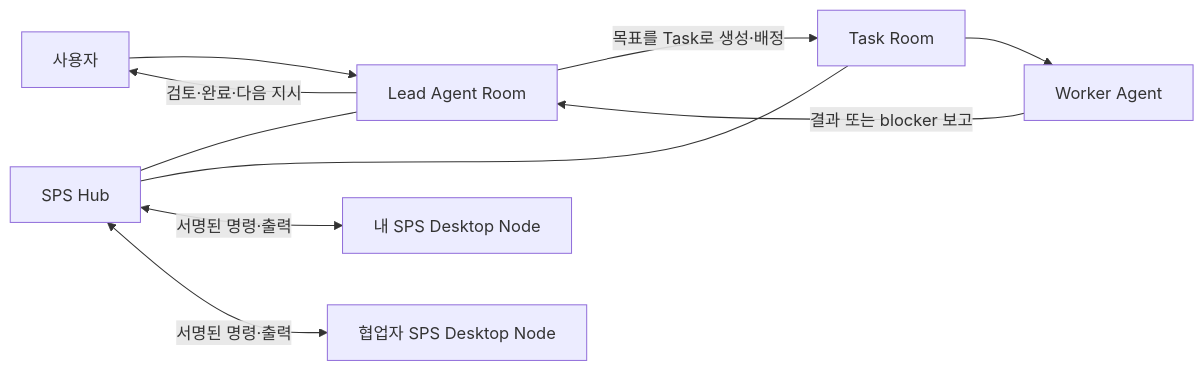
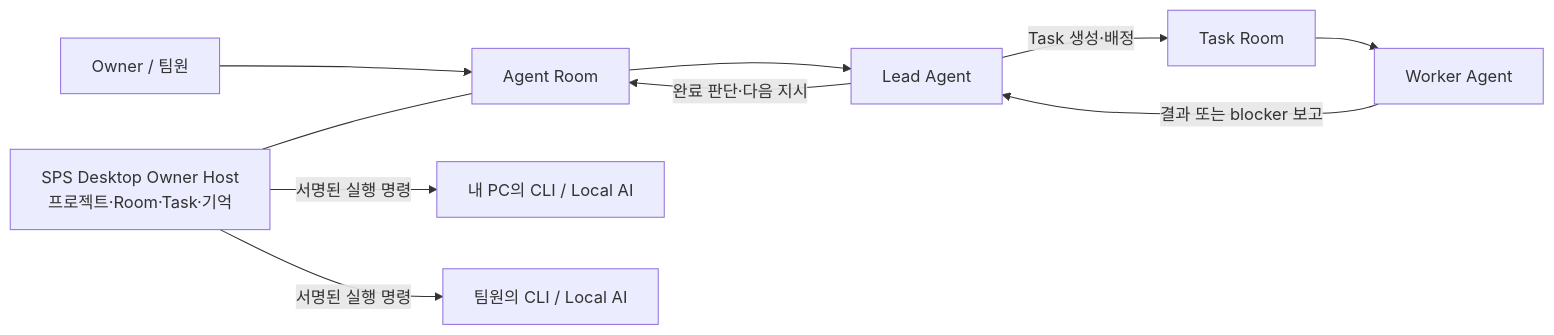
The diagram in sps-server/97-current-server-user-guide-ko.md (Powerpunch777/SPS-Source), drawn with Mermaid before and after one commit. The commit also changed other lines of this file and 12 other files, not shown here.

````diff
--- a/sps-server/97-current-server-user-guide-ko.md
+++ b/sps-server/97-current-server-user-guide-ko.md
@@ -11,13 +10,13 @@
 ```mermaid
 flowchart LR
-  User[사용자] --> Lead[Lead Agent Room]
-  Lead -->|목표를 Task로 생성·배정| Task[Task Room]
-  Task --> Worker[Worker Agent]
-  Worker -->|결과 또는 blocker 보고| Lead
-  Lead -->|검토·완료·다음 지시| User
+  Owner["Owner / 팀원"] --> Room["Agent Room"]
+  Room --> Lead["Lead Agent"]
+  Lead -->|"Task 생성·배정"| Task["Task Room"]
+  Task --> Worker["Worker Agent"]
+  Worker -->|"결과 또는 blocker 보고"| Lead
+  Lead -->|"완료 판단·다음 지시"| Room
 
-  Hub[SPS Hub] --- Lead
-  Hub --- Task
-  Hub <-->|서명된 명령·출력| NodeA[내 SPS Desktop Node]
-  Hub <-->|서명된 명령·출력| NodeB[협업자 SPS Desktop Node]
+  Host["SPS Desktop Owner Host\n프로젝트·Room·Task·기억"] --- Room
+  Host -->|"서명된 실행 명령"| NodeA["내 PC의 CLI / Local AI"]
+  Host -->|"서명된 실행 명령"| NodeB["팀원의 CLI / Local AI"]
 ```
````
